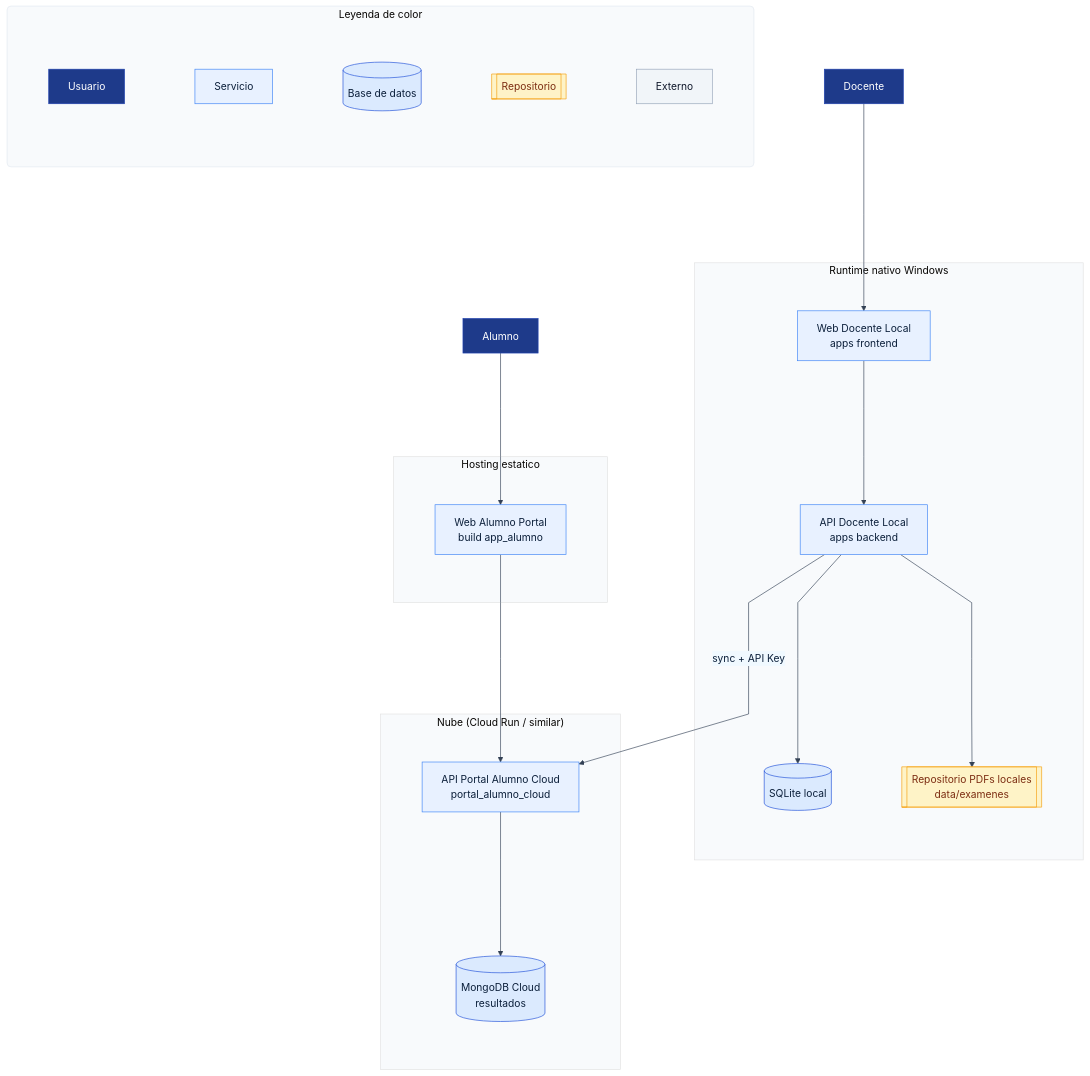
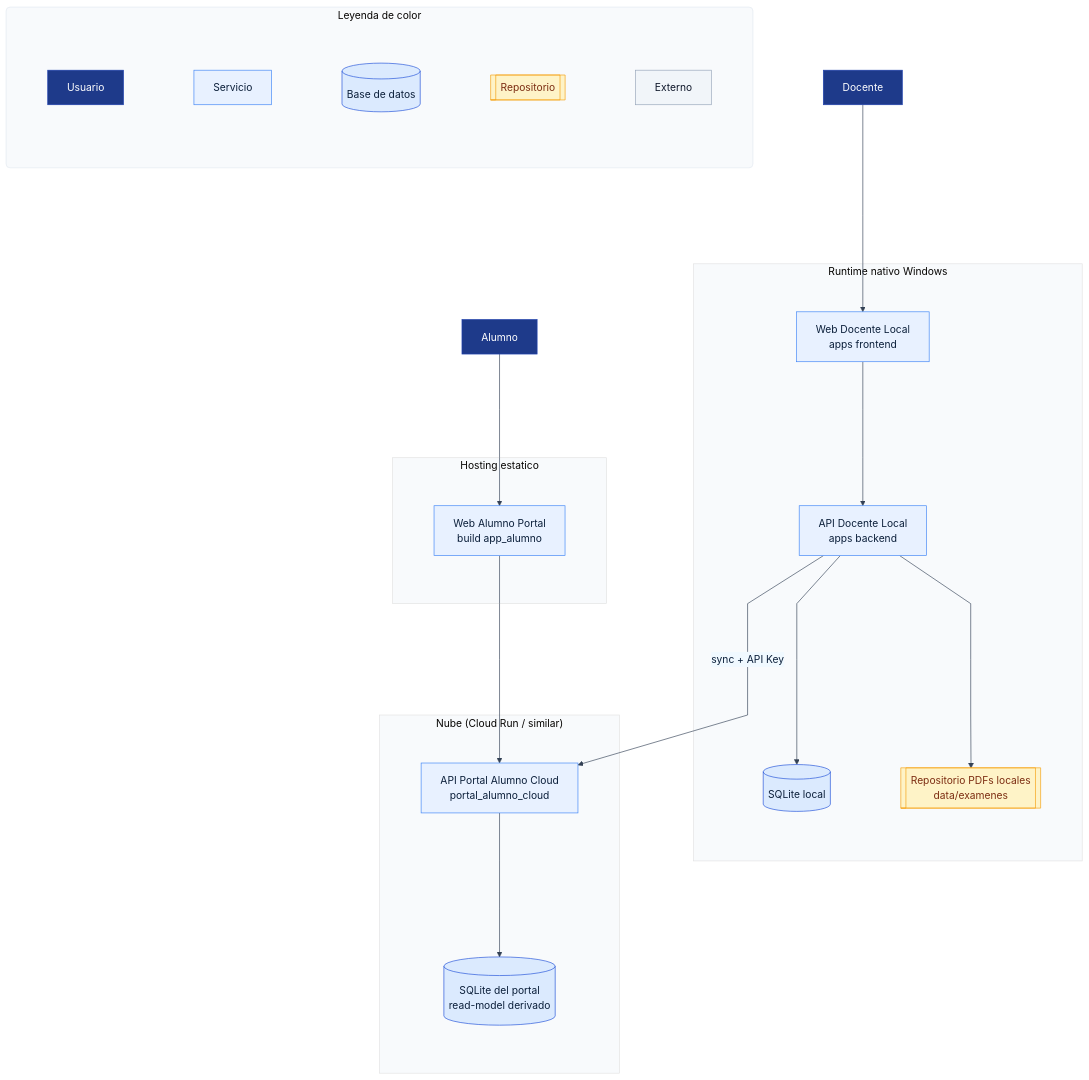
The diagram in docs/diagramas/src/arquitectura/arquitectura-despliegue.mmd (Dtcsrni/EvaluaPro_Sistema_Universitario), drawn with Mermaid before and after one commit. The commit also changed 13 other files, not shown here.

```diff
--- a/docs/diagramas/src/arquitectura/arquitectura-despliegue.mmd
+++ b/docs/diagramas/src/arquitectura/arquitectura-despliegue.mmd
@@ -1,55 +1,55 @@
 %%{init: {"theme":"base","fontFamily":"Segoe UI, Arial, sans-serif","fontSize":22,"themeVariables":{"fontFamily":"Segoe UI, Arial, sans-serif","fontSize":22,"primaryColor":"#e8f1ff","primaryBorderColor":"#3b82f6","primaryTextColor":"#0b1f3a","secondaryColor":"#f0f9ff","tertiaryColor":"#f8fafc","lineColor":"#334155","textColor":"#0f172a","noteBkgColor":"#fff7cc","noteTextColor":"#713f12","noteBorderColor":"#eab308","actorBkg":"#1e3a8a","actorBorder":"#1e40af","actorTextColor":"#ffffff","labelBoxBkgColor":"#e8f1ff","labelBoxBorderColor":"#3b82f6","labelTextColor":"#0b1f3a"},"flowchart":{"curve":"linear","nodeSpacing":110,"rankSpacing":150},"sequence":{"actorMargin":70,"messageMargin":45}}}%%
 %% AUTO:START system_model
 %% Generado por scripts/diagramas.mjs (no editar este bloque)
 %% Backend:
 %% - prefijo: /api
 %% - montajes publicos: /autenticacion, /comercial-publico, /evaluaciones-publicas, /integraciones/classroom, /salud
 %% - montajes protegidos: /admin, /admin-negocio, /alumnos, /analiticas, /asistencias, /banco-preguntas, /calificaciones, /comercial, /compliance, /entregas, /evaluaciones, /examenes, /hidratacion-cursos, /integraciones/classroom, /listas-institucionales, /omr, /papelera, /periodos, /recuperacion, /sincronizaciones, /temarios
 %% Portal alumno cloud:
 %% - prefijo: /api/portal
 %% - GET: /agenda, /avisos, /examen/:folio, /historial, /materias, /metrics, /perfil, /resultados, /resultados/:folio, /salud, /salud/live, /salud/ready, /version
 %% - POST: /eventos-uso, /ingresar, /limpiar, /sincronizacion-docente/pull, /sincronizacion-docente/push, /sincronizacion-docente/solicitudes-revision/pull, /sincronizacion-docente/solicitudes-revision/update, /sincronizar, /solicitudes-revision, /solicitudes-revision/conformidad
 %% AUTO:END system_model
 flowchart TB
     classDef user fill:#1e3a8a,stroke:#1e40af,color:#ffffff;
     classDef svc fill:#e8f1ff,stroke:#3b82f6,color:#0b1f3a;
     classDef db fill:#dbeafe,stroke:#1d4ed8,color:#0b1f3a;
     classDef repo fill:#fef3c7,stroke:#f59e0b,color:#7c2d12;
     classDef ext fill:#f1f5f9,stroke:#94a3b8,color:#0f172a;
 
   subgraph DocenteLocal["Runtime nativo Windows"]
     sqlite_local[(SQLite local)]:::db
     api_docente_local[API Docente Local<br/>apps backend]:::svc
     web_docente_local[Web Docente Local<br/>apps frontend]:::svc
     pdf_local[[Repositorio PDFs locales<br/>data/examenes]]:::repo
   end
 
   docente[Docente]:::user --> web_docente_local
   web_docente_local --> api_docente_local
   api_docente_local --> sqlite_local
   api_docente_local --> pdf_local
 
   subgraph CloudRun["Nube (Cloud Run / similar)"]
     portal_api[API Portal Alumno Cloud<br/>portal_alumno_cloud]:::svc
-    mongo_cloud[(MongoDB Cloud<br/>resultados)]:::db
+    sqlite_portal[(SQLite del portal<br/>read-model derivado)]:::db
   end
 
   subgraph Static["Hosting estatico"]
     web_alumno[Web Alumno Portal<br/>build app_alumno]:::svc
   end
 
   alumno[Alumno]:::user --> web_alumno
   web_alumno --> portal_api
   api_docente_local -->|sync + API Key| portal_api
-  portal_api --> mongo_cloud
+  portal_api --> sqlite_portal
 
 %% LEYENDA_COLOR
   subgraph Leyenda["Leyenda de color"]
     direction TB
     lgUser[Usuario]:::user
     lgSvc[Servicio]:::svc
     lgDb[(Base de datos)]:::db
     lgRepo[[Repositorio]]:::repo
     lgExt[Externo]:::ext
   end
   style Leyenda fill:#f8fafc,stroke:#e2e8f0,stroke-width:1px,rx:6,ry:6
```
